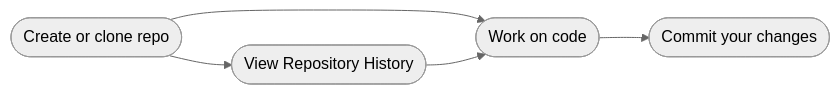
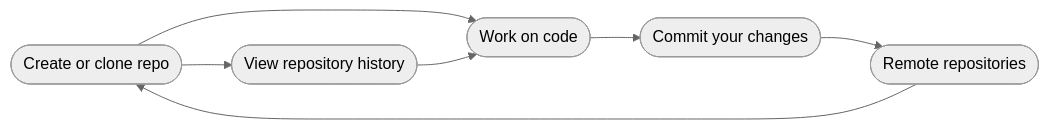
Before and after one commit to xcomfan/xcomfan.github.io: the diagram in gitref/gitref.md, drawn with Mermaid (neutral theme). The commit also changed 2 other files, not shown here.

Commit message:
Added first draft of remotes content

```diff
--- a/gitref/gitref.md
+++ b/gitref/gitref.md
@@ -11,13 +11,16 @@
 {% mermaid %}
  flowchart LR
 
     init([Create or clone repo])-->work([Work on code])
-    init-->history([View Repository History])
+    init-->history([View repository history])
     history-->work
     work-->commit([Commit your changes])
+    commit-->remotes([Remote repositories])
+    remotes-->init
 
     click init "{% link gitref/init.md %}"
     click work "{% link gitref/work.md %}"
     click history "{% link gitref/history.md %}"
     click commit "{% link gitref/commit.md %}"
+    click remotes "{% link gitref/remotes.md%}"
 {% endmermaid %}
```
